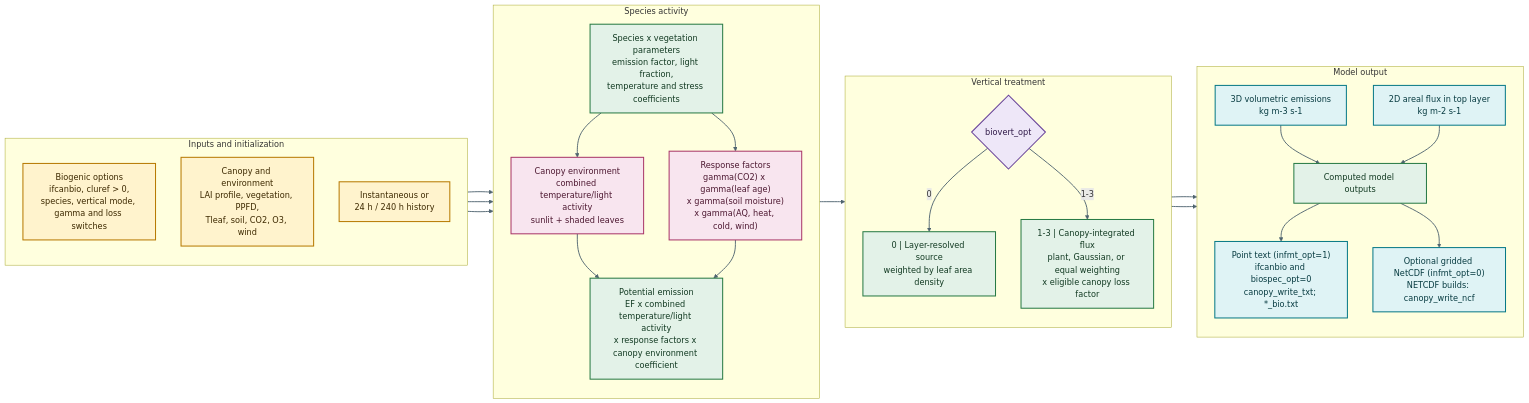
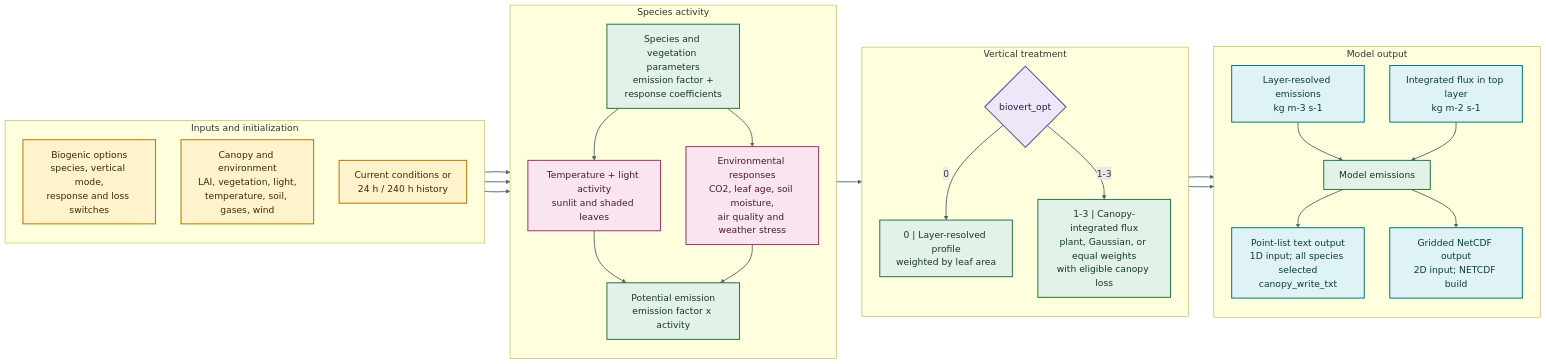
One commit to noaa-oar-arl/canopy-app changed the first of 2 diagrams in docs/science/parameterizations.md. Above: the diagram before and after it, drawn with Mermaid. The commit also changed other lines of this file and 2 other files, not shown here.

Commit message:
Updated biogenic emissions flowcharts and related documentation.

````diff
--- a/docs/science/parameterizations.md
+++ b/docs/science/parameterizations.md
@@ -95,56 +95,57 @@
 ```mermaid
+%%{init: {"themeVariables": {"fontSize": "18px"}}}%%
 flowchart LR
 	classDef input fill:#FFF3CD,stroke:#B77900,color:#3D2900,stroke-width:2px
 	classDef model fill:#E3F2E8,stroke:#287A45,color:#123A22,stroke-width:2px
 	classDef factor fill:#F8E5EF,stroke:#A93669,color:#4D1831,stroke-width:2px
 	classDef decision fill:#EEE7F8,stroke:#68429A,color:#2F1948,stroke-width:2px
 	classDef output fill:#DFF3F5,stroke:#087987,color:#073B41,stroke-width:2px
 
 	subgraph A["Inputs and initialization"]
 		direction TB
-		CFG["Biogenic options<br/>ifcanbio, cluref > 0,<br/>species, vertical mode, gamma and loss switches"]:::input
-		STATE["Canopy and environment<br/>LAI profile, vegetation, PPFD,<br/>Tleaf, soil, CO2, O3, wind"]:::input
-		HIST["Instantaneous or<br/>24 h / 240 h history"]:::input
+		CFG["Biogenic options<br/>species, vertical mode,<br/>response and loss switches"]:::input
+		STATE["Canopy and environment<br/>LAI, vegetation, light,<br/>temperature, soil, gases, wind"]:::input
+		HIST["Current conditions or<br/>24 h / 240 h history"]:::input
 	end
 
 	subgraph B["Species activity"]
 		direction TB
-		PARM["Species x vegetation parameters<br/>emission factor, light fraction,<br/>temperature and stress coefficients"]:::model
-		ENV["Canopy environment<br/>combined temperature/light activity<br/>sunlit + shaded leaves"]:::factor
-		MOD["Response factors<br/>gamma(CO2) x gamma(leaf age)<br/>x gamma(soil moisture)<br/>x gamma(AQ, heat, cold, wind)"]:::factor
-		EMIS["Potential emission<br/>EF x combined temperature/light activity<br/>x response factors x canopy environment coefficient"]:::model
+		PARM["Species and vegetation parameters<br/>emission factor +<br/>response coefficients"]:::model
+		ENV["Temperature + light activity<br/>sunlit and shaded leaves"]:::factor
+		MOD["Environmental responses<br/>CO2, leaf age, soil moisture,<br/>air quality and weather stress"]:::factor
+		EMIS["Potential emission<br/>emission factor x activity"]:::model
 	end
 
 	subgraph C["Vertical treatment"]
 		direction TB
 		VERT{"biovert_opt"}:::decision
-		PROFILE["0 | Layer-resolved source<br/>weighted by leaf area density"]:::model
-		INTEGRATE["1-3 | Canopy-integrated flux<br/>plant, Gaussian, or equal weighting<br/>x eligible canopy loss factor"]:::model
+		PROFILE["0 | Layer-resolved profile<br/>weighted by leaf area"]:::model
+		INTEGRATE["1-3 | Canopy-integrated flux<br/>plant, Gaussian, or equal weights<br/>with eligible canopy loss"]:::model
 	end
 
 	subgraph D["Model output"]
 		direction TB
-		VOL["3D volumetric emissions<br/>kg m-3 s-1"]:::output
-		AREA["2D areal flux in top layer<br/>kg m-2 s-1"]:::output
-		OUT["Computed model outputs"]:::model
-		WRITE["Point text (infmt_opt=1)<br/>ifcanbio and biospec_opt=0<br/>canopy_write_txt; *_bio.txt"]:::output
-		NCF["Optional gridded NetCDF (infmt_opt=0)<br/>NETCDF builds: canopy_write_ncf"]:::output
+		VOL["Layer-resolved emissions<br/>kg m-3 s-1"]:::output
+		AREA["Integrated flux in top layer<br/>kg m-2 s-1"]:::output
+		OUT["Model emissions"]:::model
+		WRITE["Point-list text output<br/>1D input; all species selected<br/>canopy_write_txt"]:::output
+		NCF["Gridded NetCDF output<br/>2D input; NETCDF build"]:::output
 	end
 
 	CFG --> PARM
 	STATE --> ENV
 	HIST --> ENV
 	PARM --> ENV
 	PARM --> MOD
 	ENV --> EMIS
 	MOD --> EMIS
 	EMIS --> VERT
 	VERT -->|0| PROFILE --> VOL
 	VERT -->|1-3| INTEGRATE --> AREA
 	VOL --> OUT
 	AREA --> OUT
 	OUT --> WRITE
 	OUT --> NCF
 
 	linkStyle default stroke:#4F6470,stroke-width:1.8px
 ```
````
